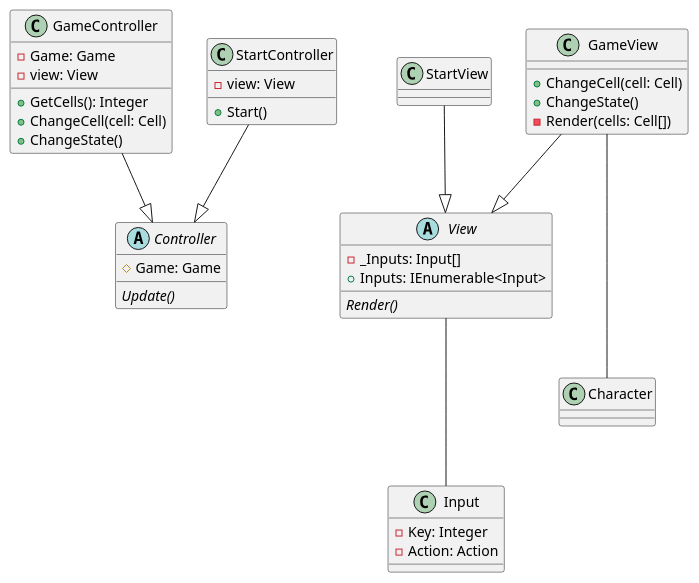
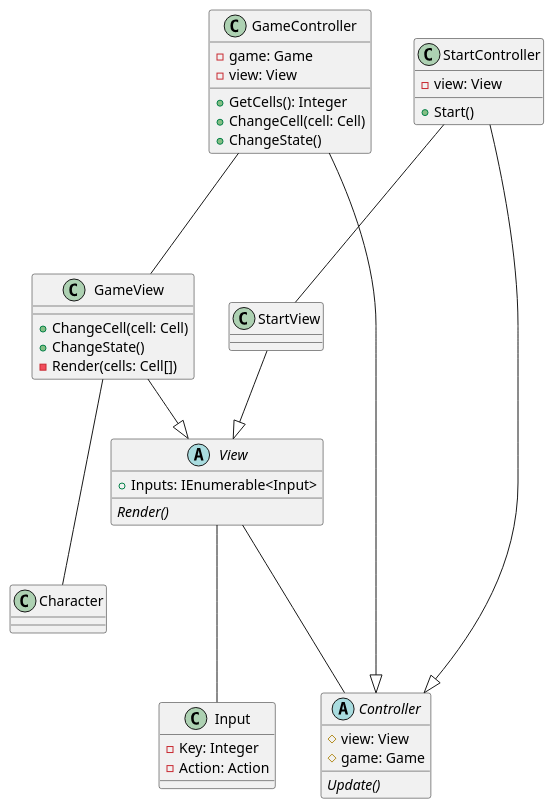
The diagram in Sudoku.Documentation/frontend.puml (gillescoolen/sudoku), drawn with PlantUML before and after one commit. The commit also changed 1 other file, not shown here.

```diff
--- a/Sudoku.Documentation/frontend.puml
+++ b/Sudoku.Documentation/frontend.puml
@@ -1,47 +1,50 @@
 @startuml sudoku
 abstract Controller {
-  # Game: Game
+  # view: View
+  # game: Game
   {abstract} Update()
 }
 
 abstract View {
-  - _Inputs: Input[]
   + Inputs: IEnumerable<Input>
   {abstract} Render()
 }
 
 class GameController {
-  - Game: Game
+  - game: Game
   - view: View
   + GetCells(): Integer
   + ChangeCell(cell: Cell)
   + ChangeState()
 }
 class GameView {
   + ChangeCell(cell: Cell)
   + ChangeState()
   - Render(cells: Cell[])
 }
 
 class StartController {
   - view: View
   + Start()
 }
 
 class StartView {}
 
 class Input {
   - Key: Integer
   - Action: Action
 }
 
 GameView --|> View
 StartView --|> View
 
 StartController --|> Controller
 GameController --|> Controller
+StartController --- StartView
+GameController --- GameView
 
 GameView --- Character
 
 View --- Input
+View --- Controller
 @enduml
```
